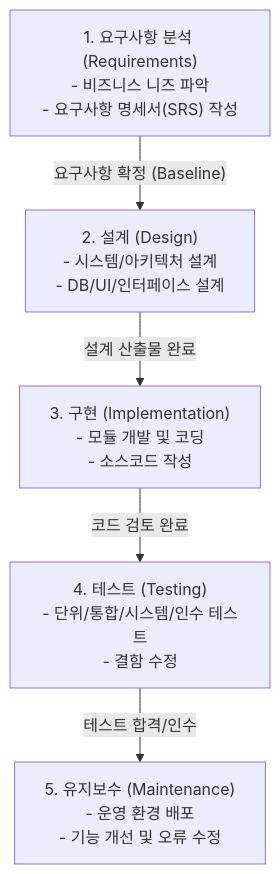
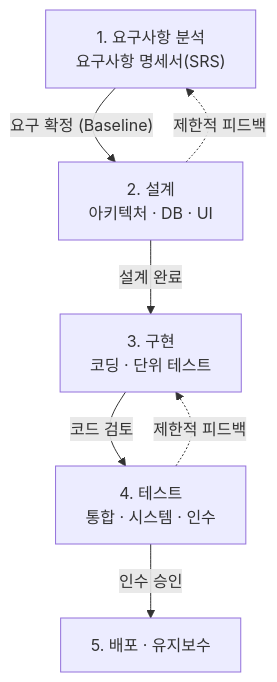
The diagram in content/01_IT Tech/워터폴.md (supremethumb/supremethumb.github.io), drawn with Mermaid before and after one commit. The commit also changed other lines of this file and 1087 other files, not shown here.

````diff
--- a/content/01_IT Tech/워터폴.md
+++ b/content/01_IT Tech/워터폴.md
@@ -28,15 +38,9 @@
 ```mermaid
 flowchart TD
-    Req["1. 요구사항 분석 (Requirements)<br/>- 비즈니스 니즈 파악<br/>- 요구사항 명세서(SRS) 작성"] 
-    Des["2. 설계 (Design)<br/>- 시스템/아키텍처 설계<br/>- DB/UI/인터페이스 설계"] 
-    Imp["3. 구현 (Implementation)<br/>- 모듈 개발 및 코딩<br/>- 소스코드 작성"] 
-    Test["4. 테스트 (Testing)<br/>- 단위/통합/시스템/인수 테스트<br/>- 결함 수정"] 
-    Maint["5. 유지보수 (Maintenance)<br/>- 운영 환경 배포<br/>- 기능 개선 및 오류 수정"]
-
-    Req -->|"요구사항 확정 (Baseline)"| Des
-    Des -->|"설계 산출물 완료"| Imp
-    Imp -->|"코드 검토 완료"| Test
-    Test -->|"테스트 합격/인수"| Maint
-
-
+    R["1. 요구사항 분석<br/>요구사항 명세서(SRS)"] -->|"요구 확정 (Baseline)"| D["2. 설계<br/>아키텍처 · DB · UI"]
+    D -->|"설계 완료"| I["3. 구현<br/>코딩 · 단위 테스트"]
+    I -->|"코드 검토"| T["4. 테스트<br/>통합 · 시스템 · 인수"]
+    T -->|"인수 승인"| M["5. 배포 · 유지보수"]
+    D -. "제한적 피드백" .-> R
+    T -. "제한적 피드백" .-> I
 ```
````
